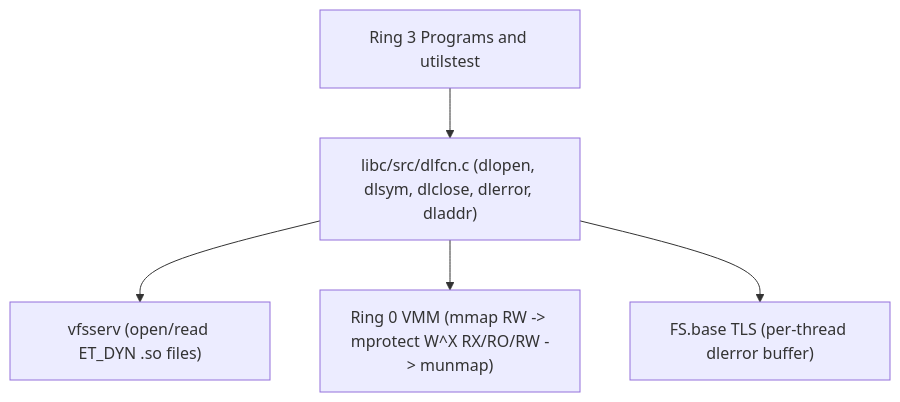
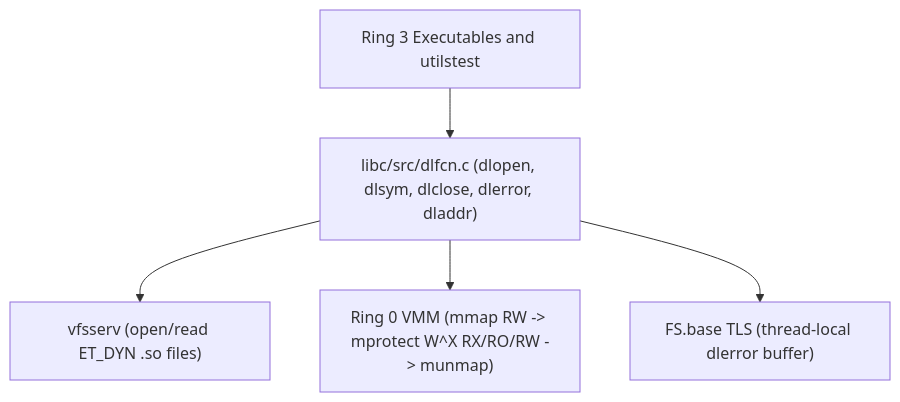
Before and after one commit to Deniz-Eren/microkernel: the diagram in docs/30-architecture/adr/ADR_0039.md, drawn with Mermaid. The commit also changed other lines of this file and 151 other files, not shown here.

````diff
--- a/docs/30-architecture/adr/ADR_0039.md
+++ b/docs/30-architecture/adr/ADR_0039.md
@@ -21,13 +21,13 @@
 ```mermaid
 flowchart TD
-    APP["Ring 3 Programs and utilstest"]
+    APP["Ring 3 Executables and utilstest"]
     DL["libc/src/dlfcn.c (dlopen, dlsym, dlclose, dlerror, dladdr)"]
     VFS["vfsserv (open/read ET_DYN .so files)"]
     VM["Ring 0 VMM (mmap RW -> mprotect W^X RX/RO/RW -> munmap)"]
-    TLS["FS.base TLS (per-thread dlerror buffer)"]
+    TLS["FS.base TLS (thread-local dlerror buffer)"]
 
     APP --> DL
     DL --> VFS
     DL --> VM
     DL --> TLS
 ```
````
